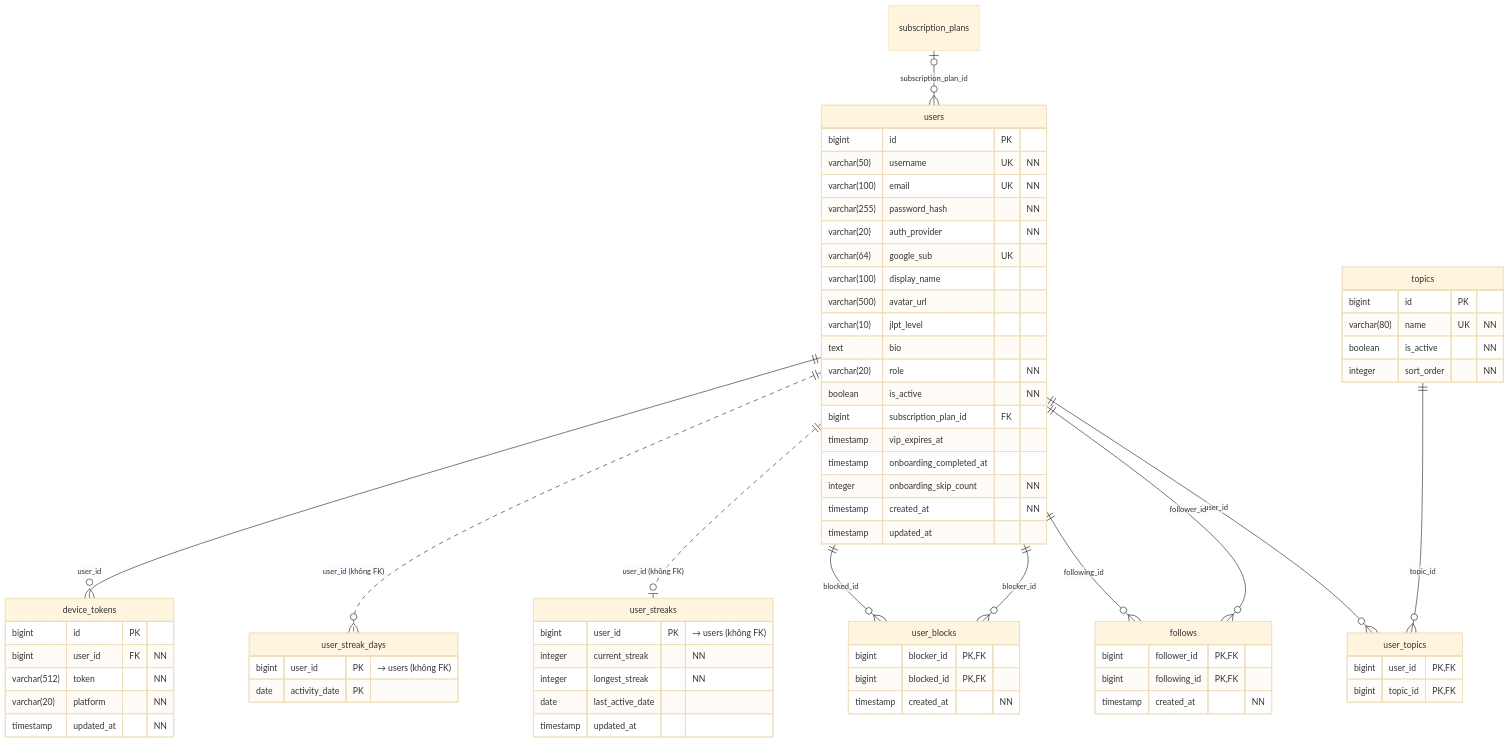
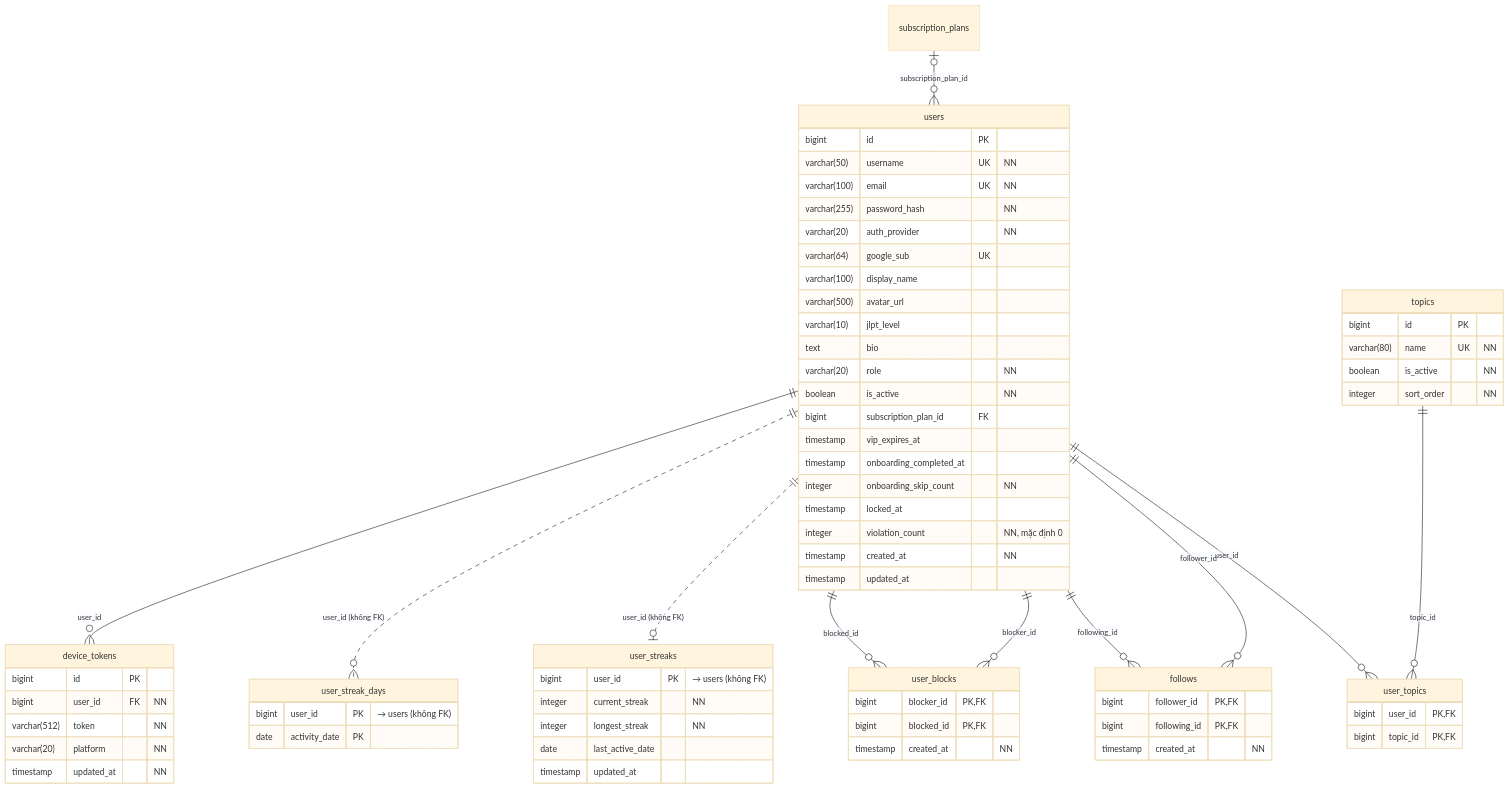
Before and after one commit to loccol9696/Japanese-Learning-Social-Platform: diagram 16 of 21 in docs/erd/README.md, drawn with Mermaid (base theme). The commit also changed other lines of this file, not shown here.

Commit message:
docs(erd): cập nhật bảng và enum cho báo cáo, khóa tài khoản, thông báo

````diff
--- a/docs/erd/README.md
+++ b/docs/erd/README.md
@@ -700,71 +707,73 @@
 ```mermaid
 erDiagram
     users {
         bigint id PK
         varchar(50) username UK "NN"
         varchar(100) email UK "NN"
         varchar(255) password_hash "NN"
         varchar(20) auth_provider "NN"
         varchar(64) google_sub UK
         varchar(100) display_name
         varchar(500) avatar_url
         varchar(10) jlpt_level
         text bio
         varchar(20) role "NN"
         boolean is_active "NN"
         bigint subscription_plan_id FK
         timestamp vip_expires_at
         timestamp onboarding_completed_at
         integer onboarding_skip_count "NN"
+        timestamp locked_at
+        integer violation_count "NN, mặc định 0"
         timestamp created_at "NN"
         timestamp updated_at
     }
     follows {
         bigint follower_id PK, FK
         bigint following_id PK, FK
         timestamp created_at "NN"
     }
     user_blocks {
         bigint blocker_id PK, FK
         bigint blocked_id PK, FK
         timestamp created_at "NN"
     }
     topics {
         bigint id PK
         varchar(80) name UK "NN"
         boolean is_active "NN"
         integer sort_order "NN"
     }
     user_topics {
         bigint user_id PK, FK
         bigint topic_id PK, FK
     }
     user_streaks {
         bigint user_id PK "→ users (không FK)"
         integer current_streak "NN"
         integer longest_streak "NN"
         date last_active_date
         timestamp updated_at
     }
     user_streak_days {
         bigint user_id PK "→ users (không FK)"
         date activity_date PK
     }
     device_tokens {
         bigint id PK
         bigint user_id FK "NN"
         varchar(512) token "NN"
         varchar(20) platform "NN"
         timestamp updated_at "NN"
     }
     users ||--o{ user_topics : user_id
     topics ||--o{ user_topics : topic_id
     users ||--o{ follows : follower_id
     users ||--o{ follows : following_id
     users ||--o{ user_blocks : blocker_id
     users ||--o{ user_blocks : blocked_id
     users ||..o| user_streaks : "user_id (không FK)"
     users ||..o{ user_streak_days : "user_id (không FK)"
     users ||--o{ device_tokens : user_id
     subscription_plans |o--o{ users : subscription_plan_id
 ```
````
